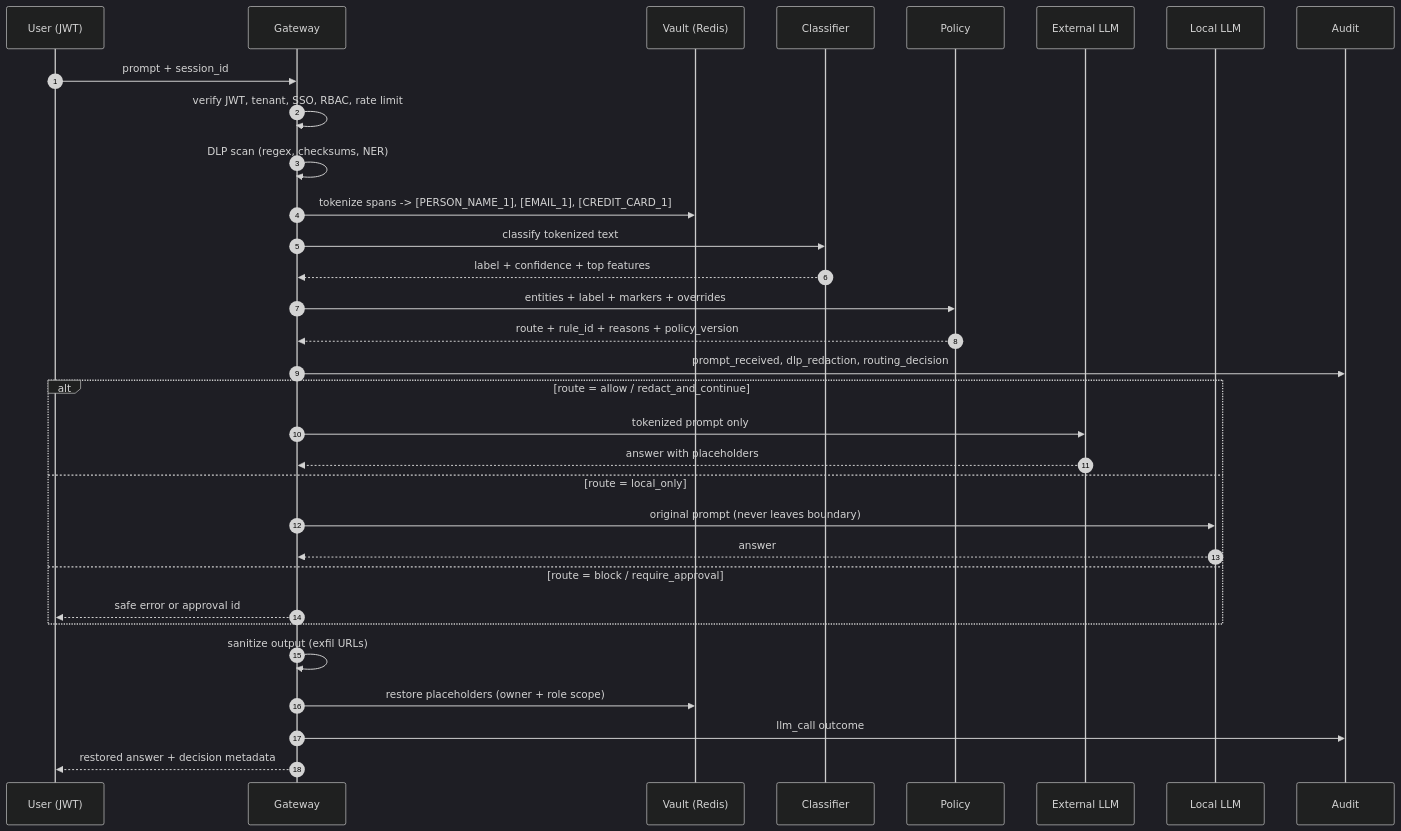
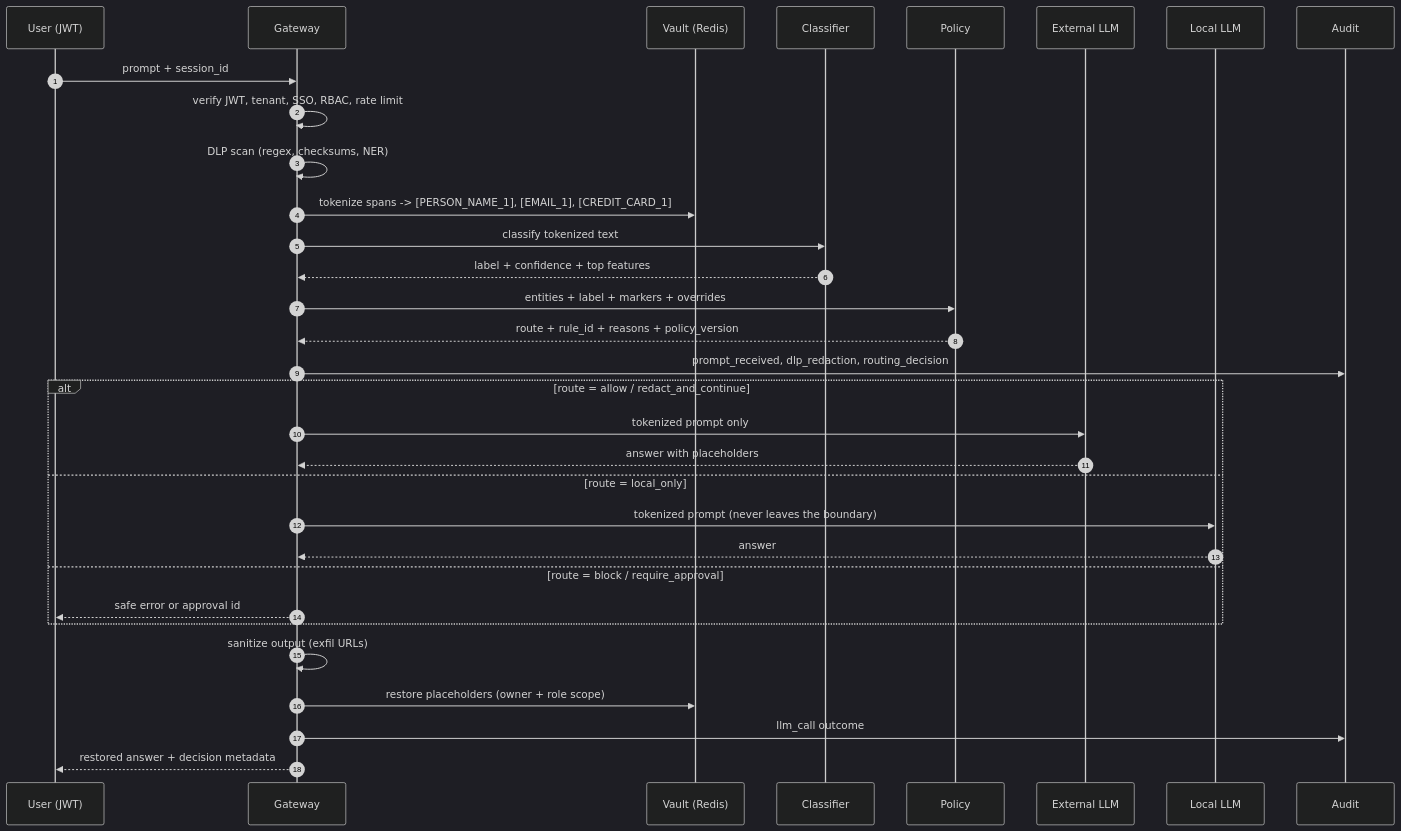
One commit to kumarlakshya24/enterprise-ai-platform changed the third of 3 diagrams in secure-ai-gateway/ARCHITECTURE.md. Above: the diagram before and after it, drawn with Mermaid (dark theme). The commit also changed other lines of this file and 41 other files, not shown here.

````diff
--- a/secure-ai-gateway/ARCHITECTURE.md
+++ b/secure-ai-gateway/ARCHITECTURE.md
@@ -135,35 +135,35 @@
 ```mermaid
 sequenceDiagram
     autonumber
     participant U as User (JWT)
     participant G as Gateway
     participant V as Vault (Redis)
     participant C as Classifier
     participant P as Policy
     participant X as External LLM
     participant L as Local LLM
     participant A as Audit
 
     U->>G: prompt + session_id
     G->>G: verify JWT, tenant, SSO, RBAC, rate limit
     G->>G: DLP scan (regex, checksums, NER)
     G->>V: tokenize spans -> [PERSON_NAME_1], [EMAIL_1], [CREDIT_CARD_1]
     G->>C: classify tokenized text
     C-->>G: label + confidence + top features
     G->>P: entities + label + markers + overrides
     P-->>G: route + rule_id + reasons + policy_version
     G->>A: prompt_received, dlp_redaction, routing_decision
     alt route = allow / redact_and_continue
         G->>X: tokenized prompt only
         X-->>G: answer with placeholders
     else route = local_only
-        G->>L: original prompt (never leaves boundary)
+        G->>L: tokenized prompt (never leaves the boundary)
         L-->>G: answer
     else route = block / require_approval
         G-->>U: safe error or approval id
     end
     G->>G: sanitize output (exfil URLs)
     G->>V: restore placeholders (owner + role scope)
     G->>A: llm_call outcome
     G-->>U: restored answer + decision metadata
 ```
````
